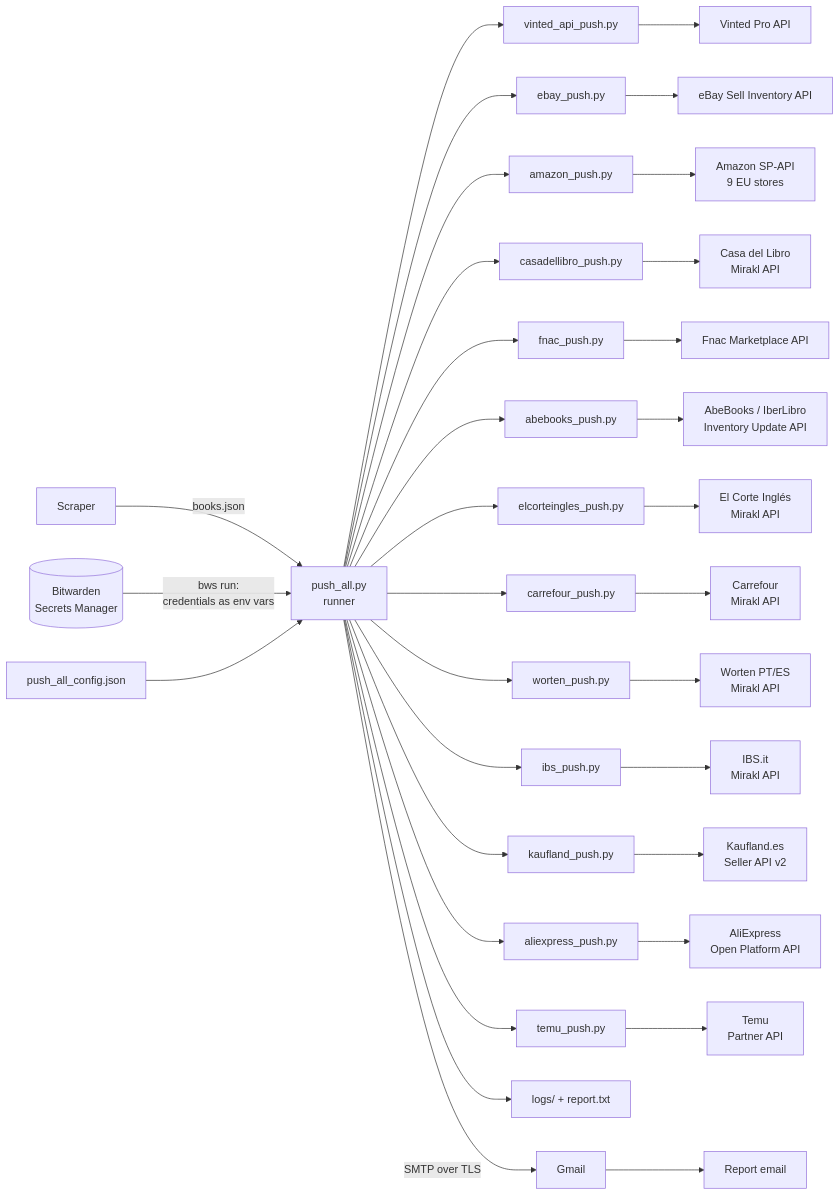
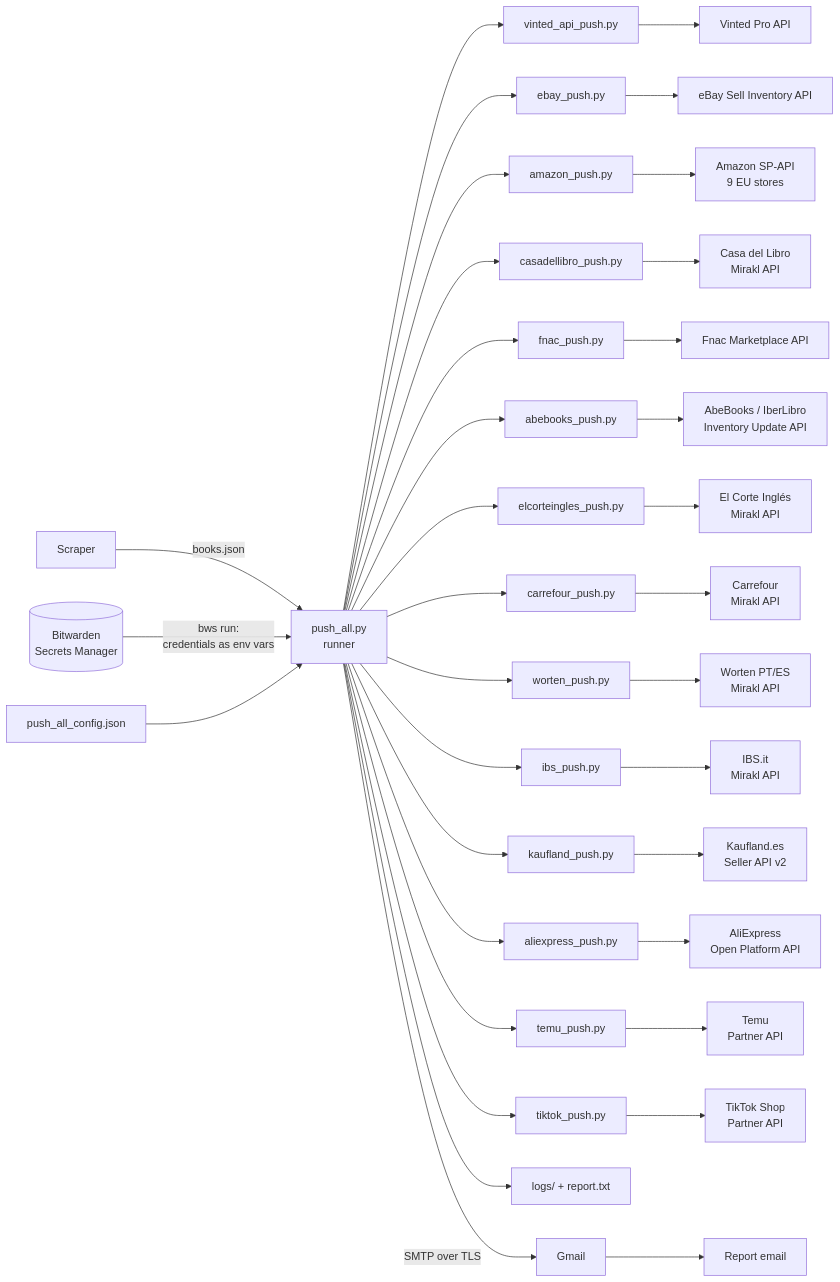
One commit to DavisGalla/products-api-push changed the diagram in docs/architecture.md. Above: the diagram before and after it, drawn with Mermaid. The commit also changed other lines of this file and 13 other files, not shown here.

Commit message:
Add TikTok Shop pusher (Partner API 202309+); include it in push_all, docs, architecture and capabilities PDFs

````diff
--- a/docs/architecture.md
+++ b/docs/architecture.md
@@ -29,21 +29,22 @@
 ```mermaid
 flowchart LR
     S[Scraper] -->|books.json| R
     BW[(Bitwarden<br>Secrets Manager)] -->|bws run:<br>credentials as env vars| R
     C[push_all_config.json] --> R
     R[push_all.py<br>runner] --> V[vinted_api_push.py] --> VA[Vinted Pro API]
     R --> E[ebay_push.py] --> EA[eBay Sell Inventory API]
     R --> A[amazon_push.py] --> AA[Amazon SP-API<br>9 EU stores]
     R --> CL[casadellibro_push.py] --> CLA[Casa del Libro<br>Mirakl API]
     R --> F[fnac_push.py] --> FA[Fnac Marketplace API]
     R --> AB[abebooks_push.py] --> ABA[AbeBooks / IberLibro<br>Inventory Update API]
     R --> EC[elcorteingles_push.py] --> ECA[El Corte Inglés<br>Mirakl API]
     R --> CF[carrefour_push.py] --> CFA[Carrefour<br>Mirakl API]
     R --> W[worten_push.py] --> WA[Worten PT/ES<br>Mirakl API]
     R --> IB[ibs_push.py] --> IBA[IBS.it<br>Mirakl API]
     R --> K[kaufland_push.py] --> KA[Kaufland.es<br>Seller API v2]
     R --> AE[aliexpress_push.py] --> AEA[AliExpress<br>Open Platform API]
     R --> TM[temu_push.py] --> TMA[Temu<br>Partner API]
+    R --> TT[tiktok_push.py] --> TTA[TikTok Shop<br>Partner API]
     R --> L[logs/ + report.txt]
     R -->|SMTP over TLS| G[Gmail] --> M[Report email]
 ```
````
